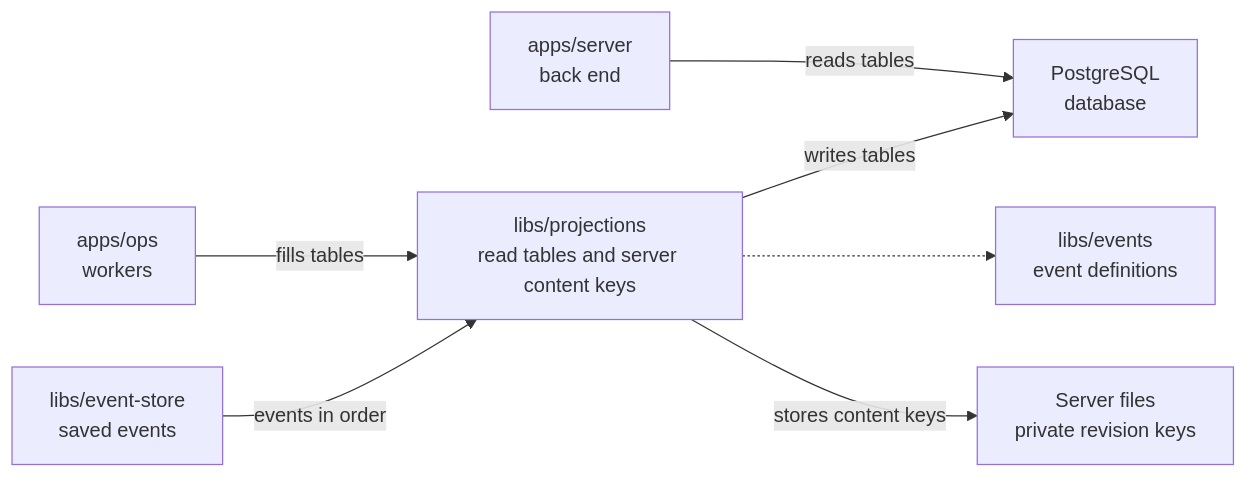
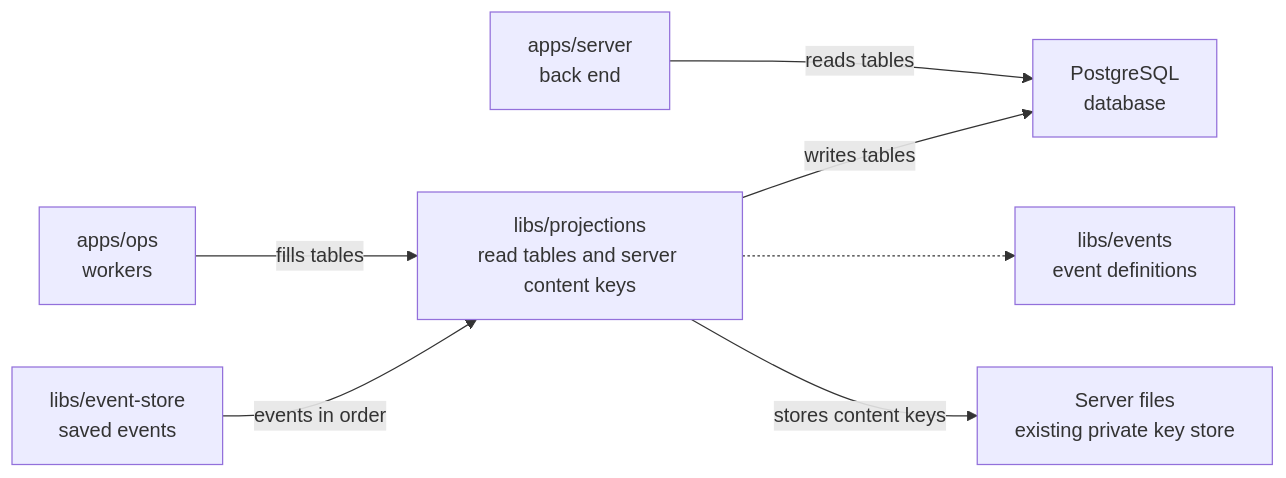
The diagram in libs/projections/README.md (elewa-git/opencrane-new), drawn with Mermaid before and after one commit. The commit also changed other lines of this file and 10 other files, not shown here.

````diff
--- a/libs/projections/README.md
+++ b/libs/projections/README.md
@@ -23,9 +23,9 @@
 ```mermaid
 flowchart LR
   ops["apps/ops<br/>workers"] -->|fills tables| projections["libs/projections<br/>read tables and server content keys"]
   server["apps/server<br/>back end"] -->|reads tables| pg["PostgreSQL<br/>database"]
   projections -->|writes tables| pg
   store["libs/event-store<br/>saved events"] -->|events in order| projections
   projections -.-> events["libs/events<br/>event definitions"]
-  projections -->|stores content keys| keys["Server files<br/>private revision keys"]
+  projections -->|stores content keys| keys["Server files<br/>existing private key store"]
 ```
````
